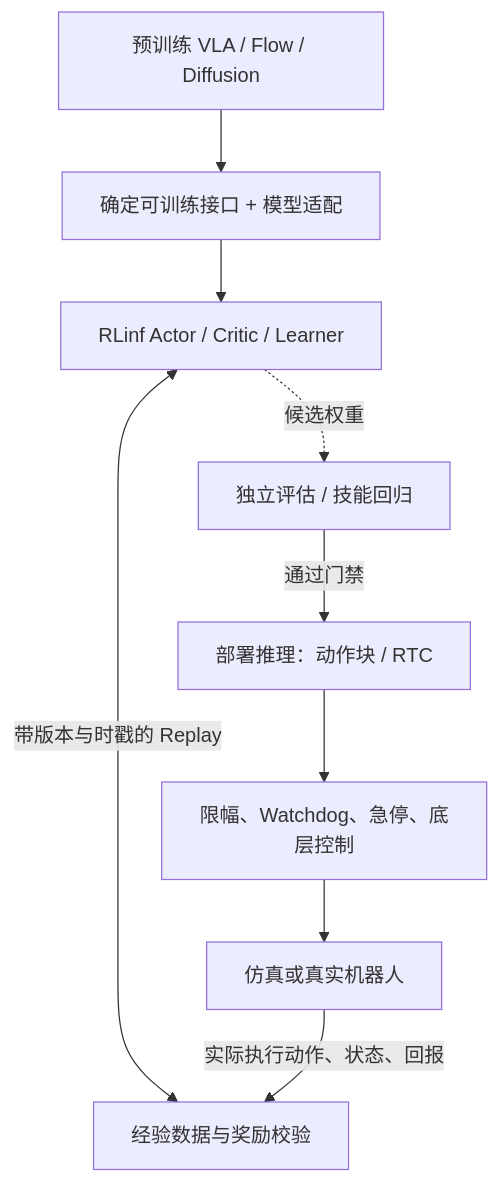
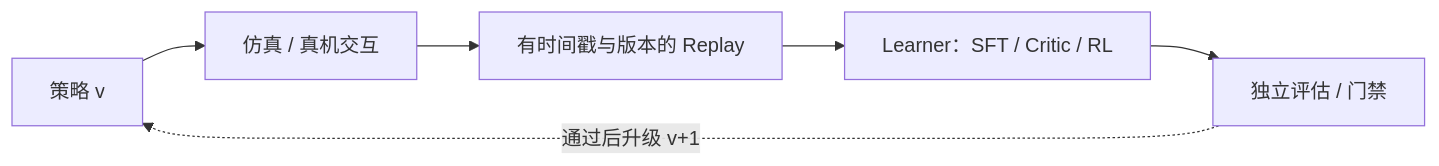
The fourth of 4 diagrams in files/RL_Post_Training_ZH.md (zengxiong111/zengxiong.github.io), drawn with Mermaid before and after one commit. The commit also changed other lines of this file and 7 other files, not shown here.

````diff
--- a/files/RL_Post_Training_ZH.md
+++ b/files/RL_Post_Training_ZH.md
@@ -222,11 +341,8 @@
 ```mermaid
-flowchart TB
-  M["预训练 VLA / Flow / Diffusion"] --> I["确定可训练接口 + 模型适配"]
-  I --> T["RLinf Actor / Critic / Learner"]
-  T <-->|带版本与时戳的 Replay| D["经验数据与奖励校验"]
-  T -.->|候选权重| V["独立评估 / 技能回归"]
-  V -->|通过门禁| P["部署推理：动作块 / RTC"]
-  P --> S["限幅、Watchdog、急停、底层控制"]
-  S --> R["仿真或真实机器人"]
-  R -->|实际执行动作、状态、回报| D
+flowchart LR
+  P["策略 v"] --> R["仿真 / 真机交互"]
+  R --> D["有时间戳与版本的 Replay"]
+  D --> L["Learner：SFT / Critic / RL"]
+  L --> G["独立评估 / 门禁"]
+  G -.->|"通过后升级 v+1"| P
 ```
````
